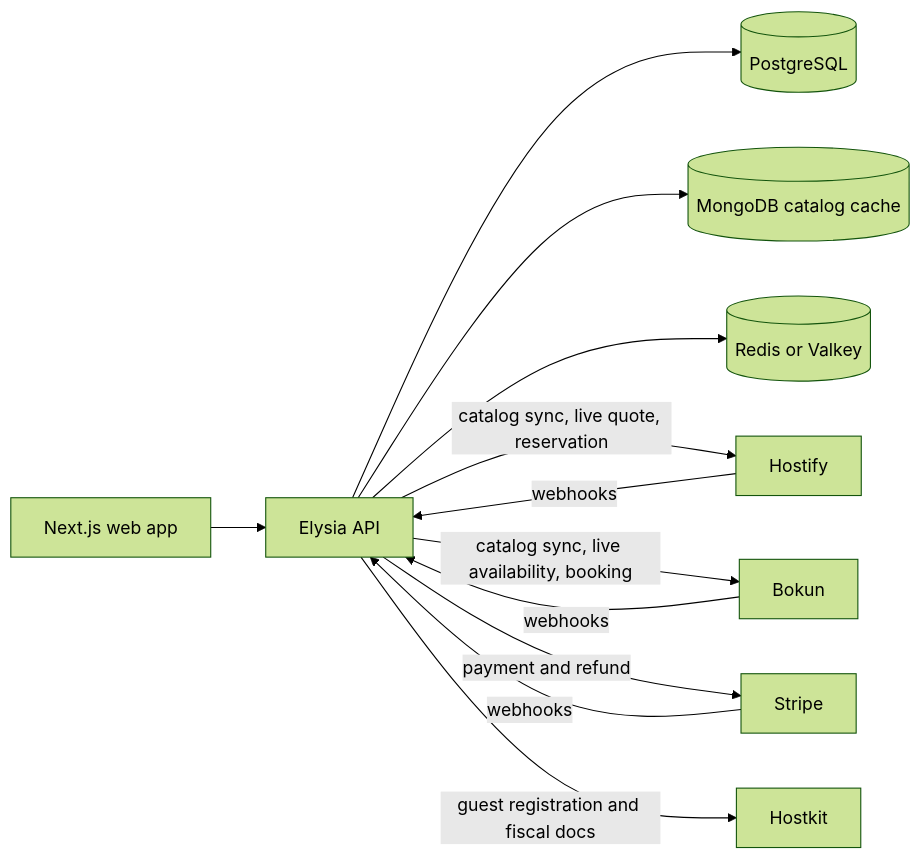
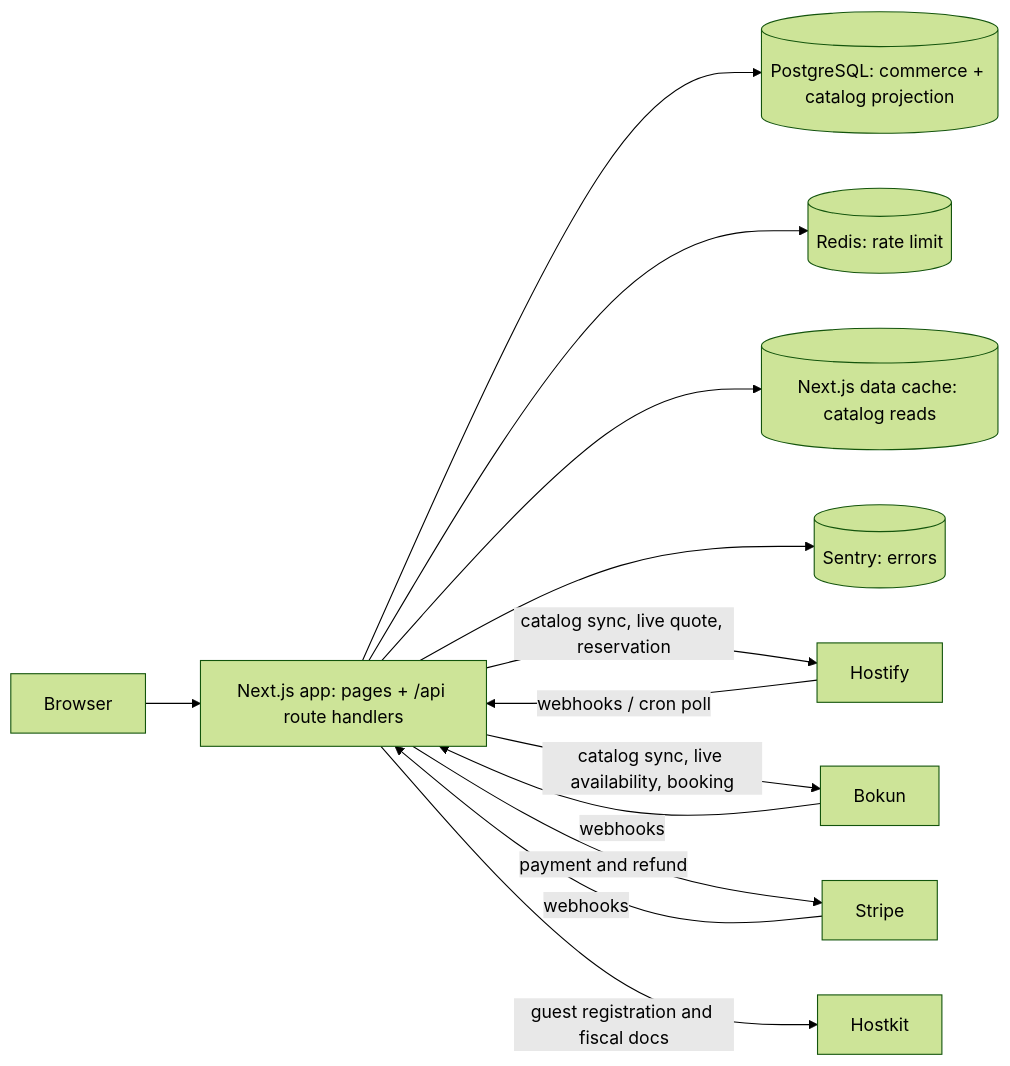
One commit to denizlg24/alojamentoideal.pt changed the first of 12 diagrams in docs/data-architecture.md. Above: the diagram before and after it, drawn with Mermaid (forest theme). The commit also changed other lines of this file and 28 other files, not shown here.

````diff
--- a/docs/data-architecture.md
+++ b/docs/data-architecture.md
@@ -29,16 +40,17 @@
 ```mermaid
 flowchart LR
-    WEB[Next.js web app] --> API[Elysia API]
-    API --> PG[(PostgreSQL)]
-    API --> MONGO[(MongoDB catalog cache)]
-    API --> CACHE[(Redis or Valkey)]
+    BROWSER[Browser] --> WEB[Next.js app: pages + /api route handlers]
+    WEB --> PG[(PostgreSQL: commerce + catalog projection)]
+    WEB --> CACHE[(Redis: rate limit)]
+    WEB --> NEXTCACHE[(Next.js data cache: catalog reads)]
+    WEB --> SENTRY[(Sentry: errors)]
 
-    HOSTIFY[Hostify] -->|webhooks| API
-    BOKUN[Bokun] -->|webhooks| API
-    STRIPE[Stripe] -->|webhooks| API
+    HOSTIFY[Hostify] -->|webhooks / cron poll| WEB
+    BOKUN[Bokun] -->|webhooks| WEB
+    STRIPE[Stripe] -->|webhooks| WEB
 
-    API -->|catalog sync, live quote, reservation| HOSTIFY
-    API -->|catalog sync, live availability, booking| BOKUN
-    API -->|payment and refund| STRIPE
-    API -->|guest registration and fiscal docs| HOSTKIT[Hostkit]
+    WEB -->|catalog sync, live quote, reservation| HOSTIFY
+    WEB -->|catalog sync, live availability, booking| BOKUN
+    WEB -->|payment and refund| STRIPE
+    WEB -->|guest registration and fiscal docs| HOSTKIT[Hostkit]
 ```
````
